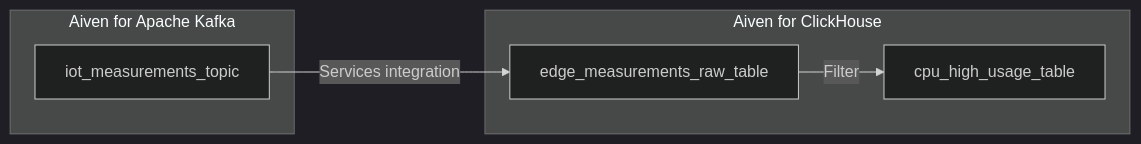
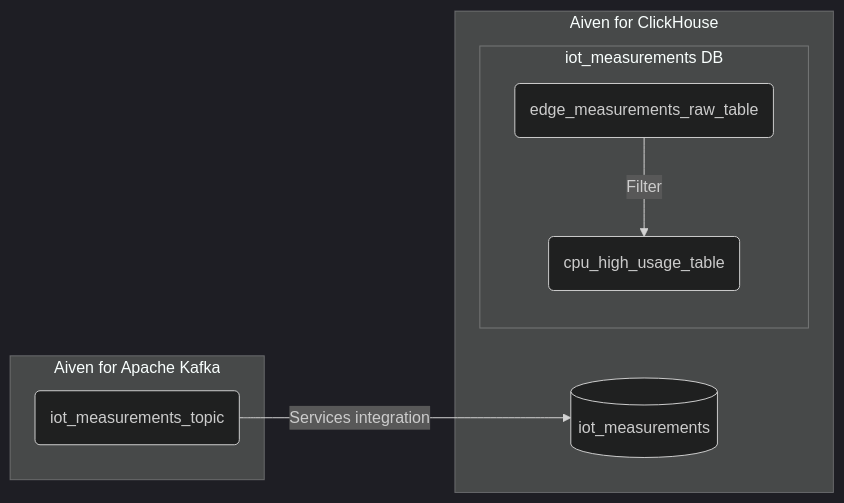
The diagram in docs/tools/terraform/reference/cookbook/kafka-clickhouse-integration-recipe.rst (aiven/devportal), drawn with Mermaid (dark theme) before and after one commit.

Commit message:
updates to the diagram

```diff
--- a/docs/tools/terraform/reference/cookbook/kafka-clickhouse-integration-recipe.rst
+++ b/docs/tools/terraform/reference/cookbook/kafka-clickhouse-integration-recipe.rst
@@ -22,10 +22,17 @@
 .. mermaid::
 
-   flowchart LR
-      subgraph Aiven for Apache Kafka
-      iot_measurements_topic
-      end
-      subgraph Aiven for ClickHouse
-      iot_measurements_topic-->|Services integration|edge_measurements_raw_table
-      edge_measurements_raw_table-->|Filter|cpu_high_usage_table
-      end
+  flowchart LR
+  id1(iot_measurements_topic)
+  id2[(iot_measurements)]
+  id3(edge_measurements_raw_table)
+  id4(cpu_high_usage_table)
+  subgraph Aiven for Apache Kafka
+  id1
+  end
+  subgraph Aiven for ClickHouse
+    id2
+    subgraph iot_measurements DB
+      id3-->|Filter|id4
+    end
+  end
+  id1-->|Services integration|id2
```
